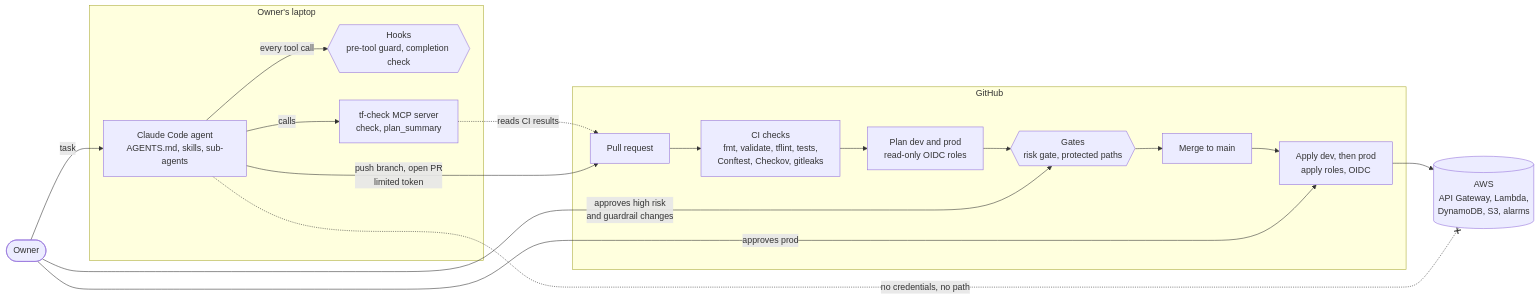
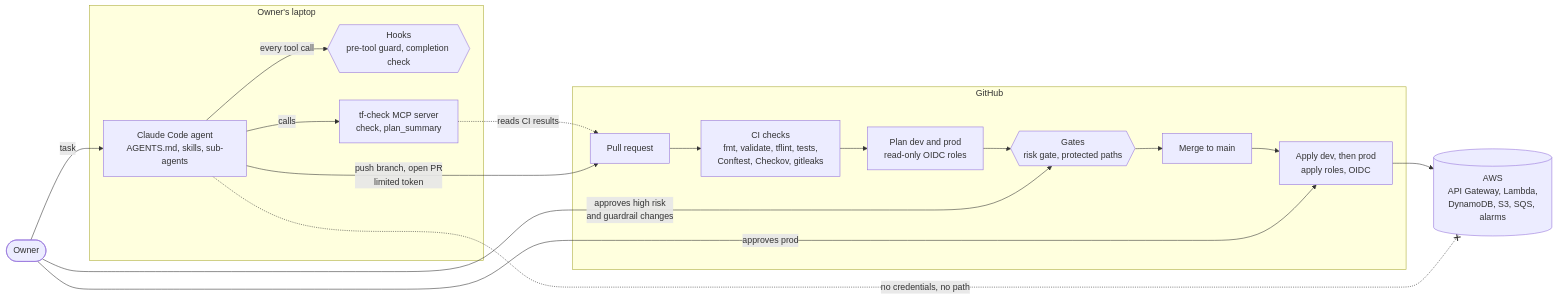
Before and after one commit to amith55555/ai-governed-terraform: the diagram in README.md, drawn with Mermaid. The commit also changed other lines of this file and 17 other files, not shown here.

````diff
--- a/README.md
+++ b/README.md
@@ -18,29 +18,29 @@
 ```mermaid
 flowchart LR
     owner(["Owner"])
     subgraph laptop["Owner's laptop"]
         agent["Claude Code agent<br/>AGENTS.md, skills, sub-agents"]
         hooks{{"Hooks<br/>pre-tool guard, completion check"}}
         mcp["tf-check MCP server<br/>check, plan_summary"]
     end
     subgraph github["GitHub"]
         pr["Pull request"]
         ci["CI checks<br/>fmt, validate, tflint, tests,<br/>Conftest, Checkov, gitleaks"]
         plan["Plan dev and prod<br/>read-only OIDC roles"]
         gates{{"Gates<br/>risk gate, protected paths"}}
         merge["Merge to main"]
         deploy["Apply dev, then prod<br/>apply roles, OIDC"]
     end
-    aws[("AWS<br/>API Gateway, Lambda,<br/>DynamoDB, S3, alarms")]
+    aws[("AWS<br/>API Gateway, Lambda,<br/>DynamoDB, S3, SQS, alarms")]
 
     owner -- "task" --> agent
     agent -- "every tool call" --> hooks
     agent -- "calls" --> mcp
     mcp -. "reads CI results" .-> pr
     agent -- "push branch, open PR<br/>limited token" --> pr
     pr --> ci --> plan --> gates
     owner -- "approves high risk<br/>and guardrail changes" --> gates
     gates --> merge --> deploy --> aws
     owner -- "approves prod" --> deploy
     agent -. "no credentials, no path" .-x aws
 ```
````
